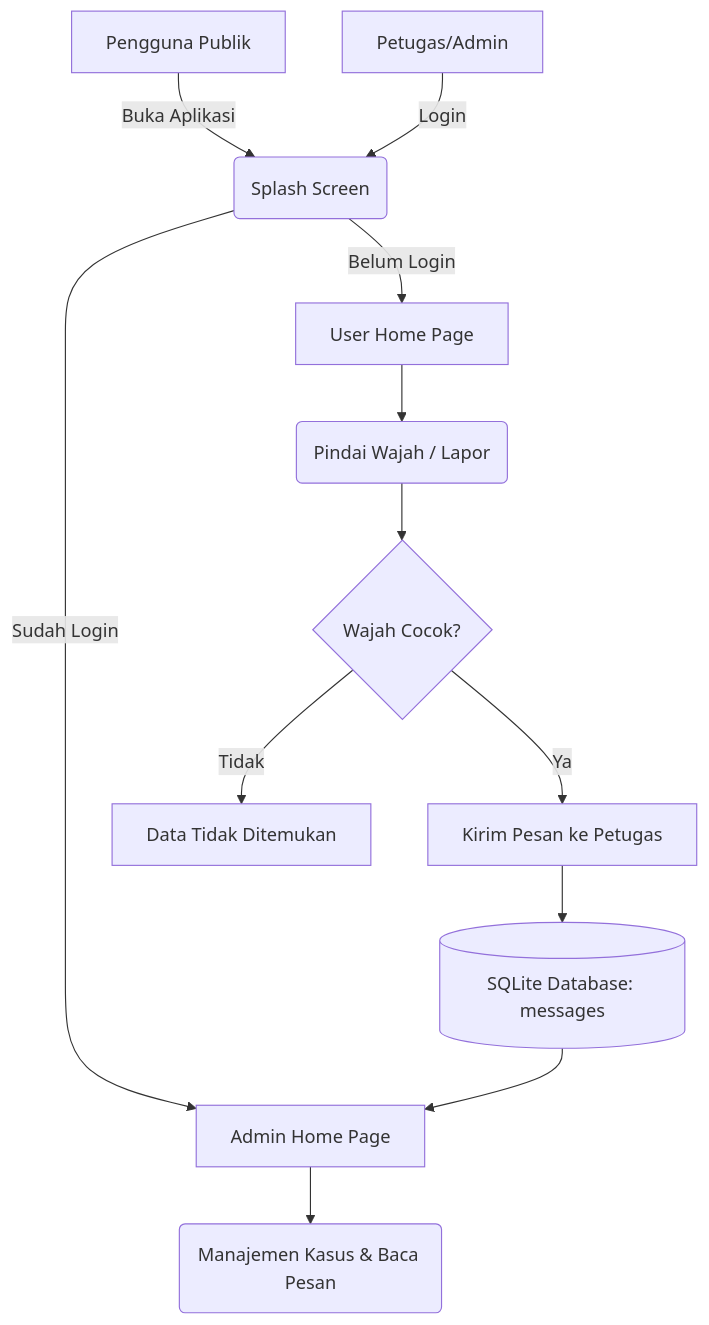
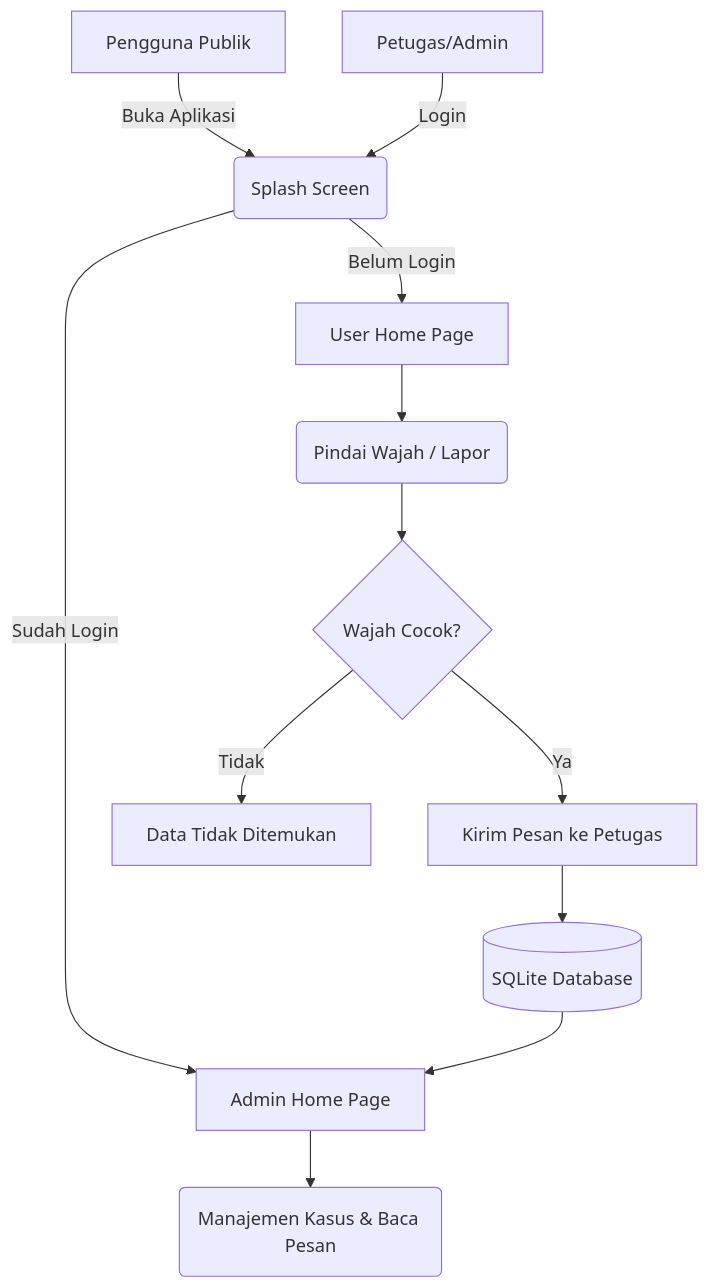
The first of 2 diagrams in README.md (alfaragatak87/traceface), drawn with Mermaid before and after one commit. The commit also changed other lines of this file, not shown here.

Commit message:
Simplify Mermaid syntax to ensure GitHub compatibility

````diff
--- a/README.md
+++ b/README.md
@@ -55,15 +55,15 @@
 ```mermaid
 graph TD
-    A[Pengguna Publik] -->|Buka Aplikasi| B(Splash Screen)
-    B -->|Belum Login| C[User Home Page]
-    C --> D(Pindai Wajah / Lapor)
-    D --> E{Wajah Cocok?}
-    E -->|Ya| F[Kirim Pesan ke Petugas]
-    E -->|Tidak| G[Data Tidak Ditemukan]
+    A["Pengguna Publik"] -->|Buka Aplikasi| B("Splash Screen")
+    B -->|Belum Login| C["User Home Page"]
+    C --> D("Pindai Wajah / Lapor")
+    D --> E{"Wajah Cocok?"}
+    E -->|Ya| F["Kirim Pesan ke Petugas"]
+    E -->|Tidak| G["Data Tidak Ditemukan"]
 
-    A2[Petugas/Admin] -->|Login| B
-    B -->|Sudah Login| H[Admin Home Page]
-    F --> I[("SQLite Database: messages")]
+    A2["Petugas/Admin"] -->|Login| B
+    B -->|Sudah Login| H["Admin Home Page"]
+    F --> I[("SQLite Database")]
     I --> H
-    H --> J(Manajemen Kasus & Baca Pesan)
+    H --> J("Manajemen Kasus & Baca Pesan")
 ```
````
